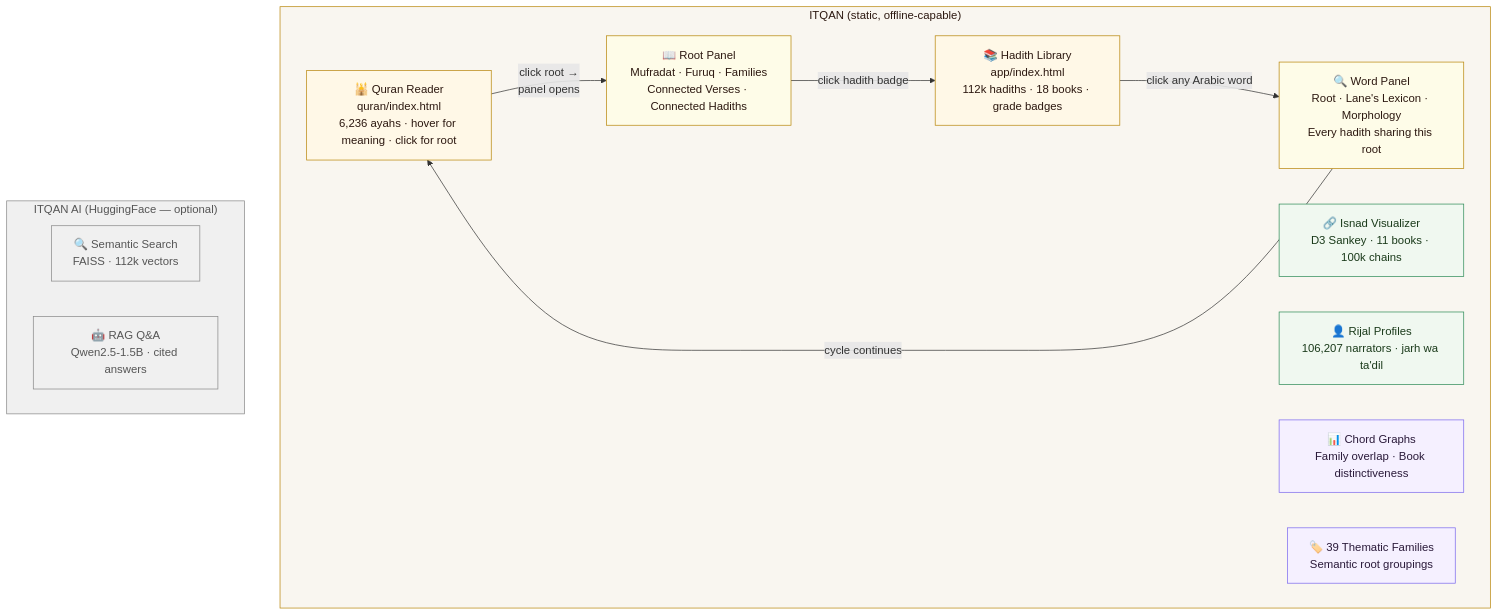
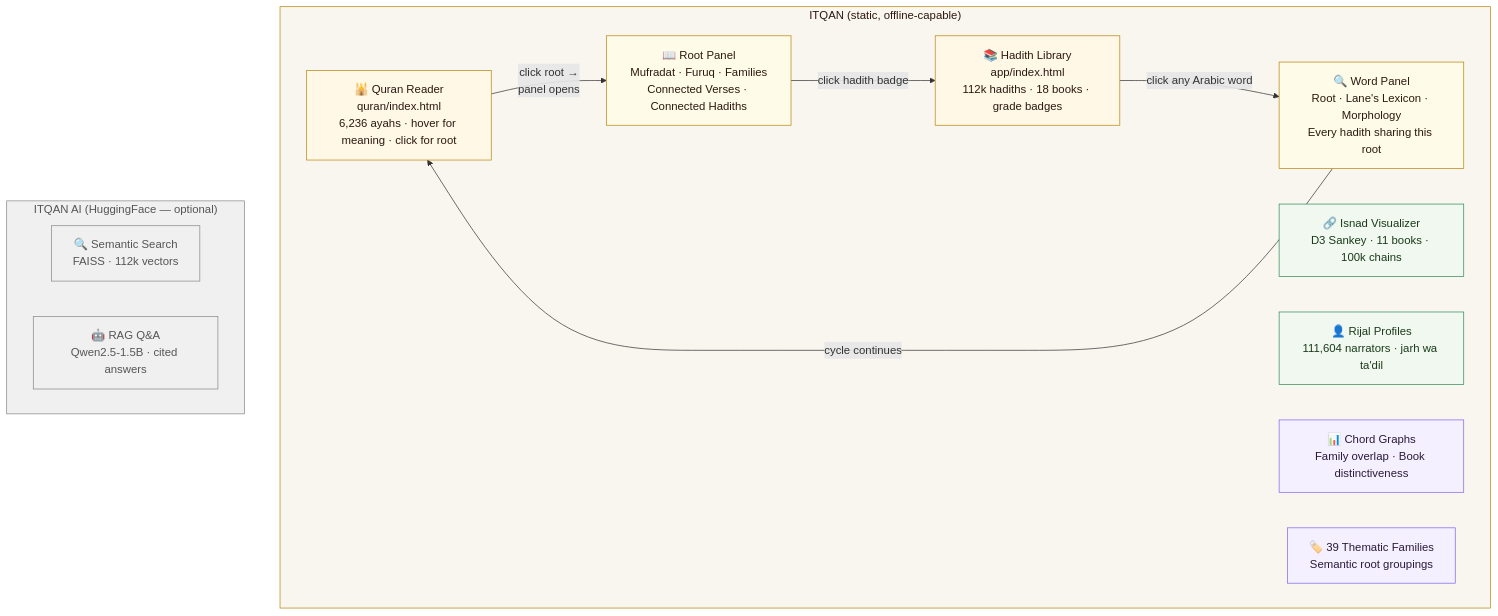
One commit to R3GENESI5/hadith changed the first of 3 diagrams in README.md. Above: the diagram before and after it, drawn with Mermaid. The commit also changed other lines of this file and 21 other files, not shown here.

````diff
--- a/README.md
+++ b/README.md
@@ -782,33 +782,33 @@
 ```mermaid
 graph TD
     subgraph ITQAN["ITQAN (static, offline-capable)"]
         QV["🕌 Quran Reader<br/>quran/index.html<br/>6,236 ayahs · hover for meaning · click for root"]
         QV -->|"click root →<br/>panel opens"| RP["📖 Root Panel<br/>Mufradat · Furuq · Families<br/>Connected Verses · Connected Hadiths"]
         RP -->|"click hadith badge"| HV["📚 Hadith Library<br/>app/index.html<br/>112k hadiths · 18 books · grade badges"]
         HV -->|"click any Arabic word"| WP["🔍 Word Panel<br/>Root · Lane's Lexicon · Morphology<br/>Every hadith sharing this root"]
         WP -->|"cycle continues"| QV
 
         IS["🔗 Isnad Visualizer<br/>D3 Sankey · 11 books · 100k chains"]
-        RJ["👤 Rijal Profiles<br/>106,207 narrators · jarh wa ta'dil"]
+        RJ["👤 Rijal Profiles<br/>111,604 narrators · jarh wa ta'dil"]
         CH["📊 Chord Graphs<br/>Family overlap · Book distinctiveness"]
         FM["🏷️ 39 Thematic Families<br/>Semantic root groupings"]
     end
 
     subgraph AI["ITQAN AI (HuggingFace — optional)"]
         SE["🔍 Semantic Search<br/>FAISS · 112k vectors"]
         RAG["🤖 RAG Q&A<br/>Qwen2.5-1.5B · cited answers"]
     end
 
     style ITQAN fill:#f9f6f0,stroke:#b8860b,color:#2c1810
     style AI fill:#f0f0f0,stroke:#888,color:#555
     style QV fill:#fff8e7,stroke:#b8860b,color:#2c1810
     style HV fill:#fff8e7,stroke:#b8860b,color:#2c1810
     style RP fill:#fefce8,stroke:#b8860b,color:#2c1810
     style WP fill:#fefce8,stroke:#b8860b,color:#2c1810
     style IS fill:#f0f8f0,stroke:#2e8b57,color:#1a3a1a
     style RJ fill:#f0f8f0,stroke:#2e8b57,color:#1a3a1a
     style CH fill:#f5f0ff,stroke:#7b68ee,color:#2a1a3a
     style FM fill:#f5f0ff,stroke:#7b68ee,color:#2a1a3a
     style SE fill:#f0f0f0,stroke:#888,color:#555
     style RAG fill:#f0f0f0,stroke:#888,color:#555
 ```
````
